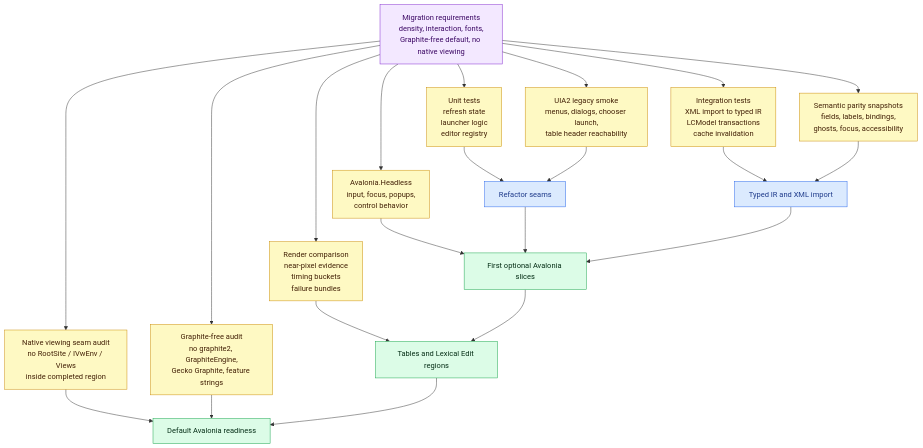
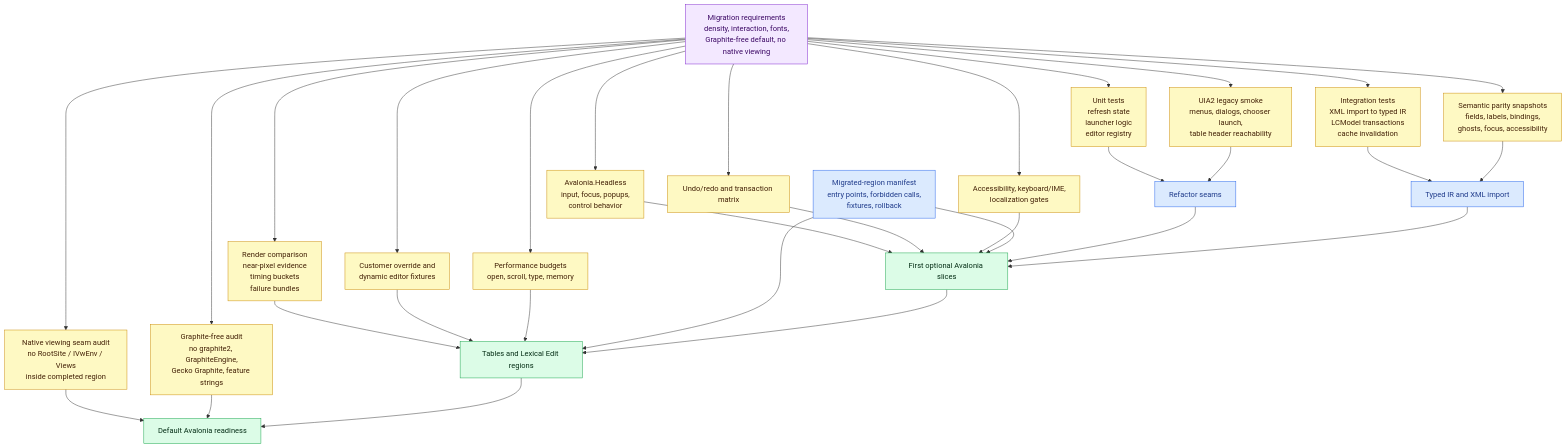
One commit to sillsdev/FieldWorks changed the third of 6 diagrams in openspec/changes/lexical-edit-avalonia-migration/architecture-diagrams.md. Above: the diagram before and after it, drawn with Mermaid. The commit also changed other lines of this file and 11 other files, not shown here.

````diff
--- a/openspec/changes/lexical-edit-avalonia-migration/architecture-diagrams.md
+++ b/openspec/changes/lexical-edit-avalonia-migration/architecture-diagrams.md
@@ -120,35 +133,46 @@
 ```mermaid
 flowchart TB
   Requirements["Migration requirements<br/>density, interaction, fonts,<br/>Graphite-free default, no native viewing"]:::model
 
   Unit["Unit tests<br/>refresh state<br/>launcher logic<br/>editor registry"]:::test
   Integration["Integration tests<br/>XML import to typed IR<br/>LCModel transactions<br/>cache invalidation"]:::test
   Semantic["Semantic parity snapshots<br/>fields, labels, bindings,<br/>ghosts, focus, accessibility"]:::test
   LegacyUIA["UIA2 legacy smoke<br/>menus, dialogs, chooser launch,<br/>table header reachability"]:::test
   Render["Render comparison<br/>near-pixel evidence<br/>timing buckets<br/>failure bundles"]:::test
   Headless["Avalonia.Headless<br/>input, focus, popups,<br/>control behavior"]:::test
   NativeAudit["Native viewing seam audit<br/>no RootSite / IVwEnv / Views<br/>inside completed region"]:::test
   GraphiteAudit["Graphite-free audit<br/>no graphite2, GraphiteEngine,<br/>Gecko Graphite, feature strings"]:::test
+  UndoGate["Undo/redo and transaction matrix"]:::test
+  A11yGate["Accessibility, keyboard/IME,<br/>localization gates"]:::test
+  OverrideGate["Customer override and<br/>dynamic editor fixtures"]:::test
+  PerfGate["Performance budgets<br/>open, scroll, type, memory"]:::test
+  RegionManifest["Migrated-region manifest<br/>entry points, forbidden calls,<br/>fixtures, rollback"]:::port
 
   Seam1["Refactor seams"]:::port
   Seam2["Typed IR and XML import"]:::port
   Slice1["First optional Avalonia slices"]:::future
   Slice2["Tables and Lexical Edit regions"]:::future
   Default["Default Avalonia readiness"]:::future
 
   Requirements --> Unit --> Seam1
   Requirements --> Integration --> Seam2
   Requirements --> Semantic --> Seam2
   Requirements --> LegacyUIA --> Seam1
   Requirements --> Render --> Slice2
   Requirements --> Headless --> Slice1
   Requirements --> NativeAudit --> Default
   Requirements --> GraphiteAudit --> Default
+  Requirements --> UndoGate --> Slice1
+  Requirements --> A11yGate --> Slice1
+  Requirements --> OverrideGate --> Slice2
+  Requirements --> PerfGate --> Slice2
+  RegionManifest --> Slice1
+  RegionManifest --> Slice2
   Seam1 --> Slice1 --> Slice2 --> Default
   Seam2 --> Slice1
 
   classDef model fill:#f3e8ff,stroke:#7e22ce,color:#3b0764;
   classDef port fill:#dbeafe,stroke:#2563eb,color:#1e3a8a;
   classDef future fill:#dcfce7,stroke:#16a34a,color:#052e16;
   classDef test fill:#fef9c3,stroke:#ca8a04,color:#422006;
 ```
````
